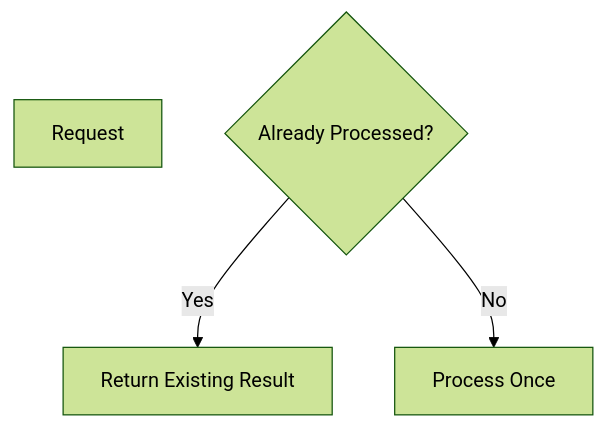
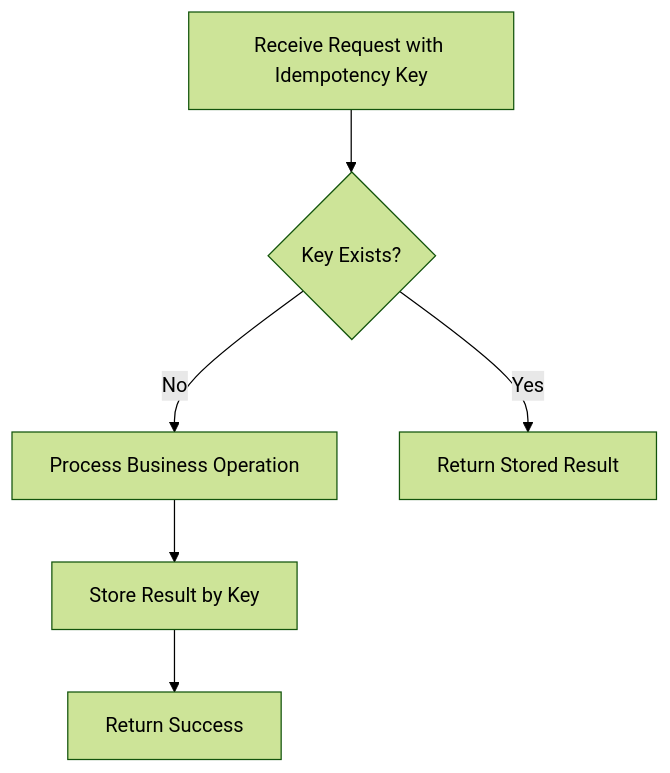
One commit to dbajajmnk/systemdesign changed the fifth of 8 diagrams in systemdesign/9. System Interfaces and API Design/How.md. Above: the diagram before and after it, drawn with Mermaid (forest theme). The commit also changed other lines of this file, not shown here.

````diff
--- a/systemdesign/9. System Interfaces and API Design/How.md
+++ b/systemdesign/9. System Interfaces and API Design/How.md
@@ -170,8 +370,8 @@
 ```mermaid
 flowchart TD
-    A[Request]
-    B{Already Processed?}
-
-    B -- Yes --> C[Return Existing Result]
-    B -- No --> D[Process Once]
+    A[Receive Request with Idempotency Key] --> B{Key Exists?}
+    B -- No --> C[Process Business Operation]
+    C --> D[Store Result by Key]
+    D --> E[Return Success]
+    B -- Yes --> F[Return Stored Result]
 ```
````
